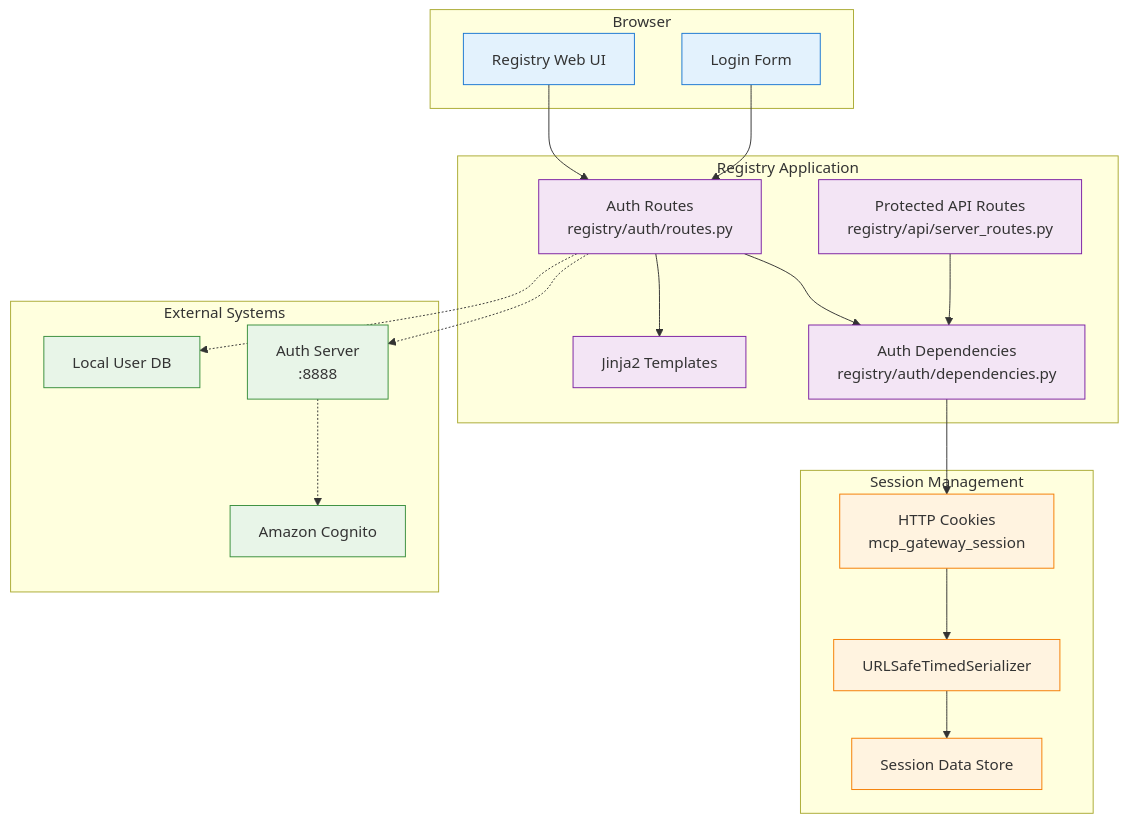
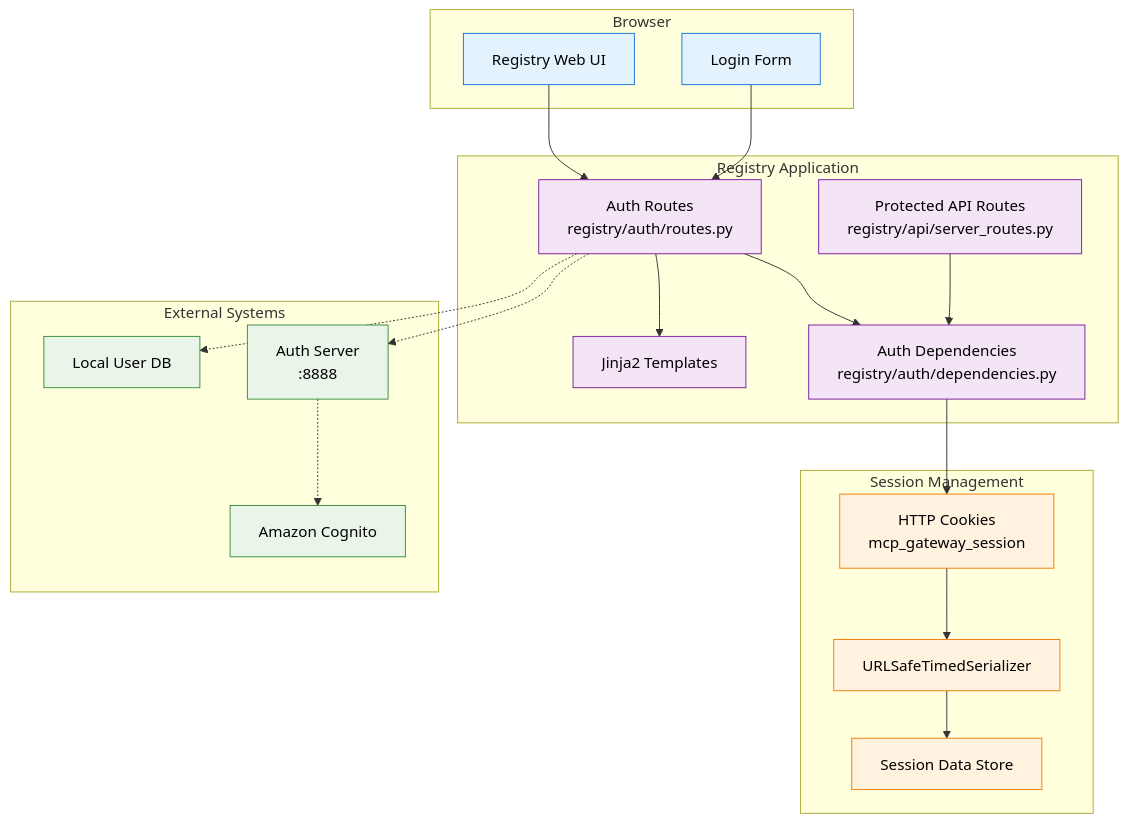
One commit to jrmatherly/mcp-registry-gateway changed the first of 7 diagrams in docs/registry-auth-architecture.md. Above: the diagram before and after it, drawn with Mermaid. The commit also changed other lines of this file and 3 other files, not shown here.

First line of the commit message:
``` docs: add explicit black text color to all Mermaid diagram styles for dark mode compatibility

````diff
--- a/docs/registry-auth-architecture.md
+++ b/docs/registry-auth-architecture.md
@@ -38,49 +38,49 @@
 ```mermaid
 graph TB
     subgraph "Browser"
         UI[Registry Web UI]
         LoginForm[Login Form]
     end
 
     subgraph "Registry Application"
         AuthRoutes[Auth Routes<br/>registry/auth/routes.py]
         AuthDeps[Auth Dependencies<br/>registry/auth/dependencies.py]
         ServerRoutes[Protected API Routes<br/>registry/api/server_routes.py]
         Templates[Jinja2 Templates]
     end
 
     subgraph "Session Management"
         Cookies[HTTP Cookies<br/>mcp_gateway_session]
         SessionSigner[URLSafeTimedSerializer]
         Sessions[Session Data Store]
     end
 
     subgraph "External Systems"
         AuthServer[Auth Server<br/>:8888]
         Cognito[Amazon Cognito]
         LocalAuth[Local User DB]
     end
 
     UI --> AuthRoutes
     LoginForm --> AuthRoutes
     AuthRoutes --> AuthDeps
     AuthRoutes --> Templates
     ServerRoutes --> AuthDeps
     AuthDeps --> Cookies
     Cookies --> SessionSigner
     SessionSigner --> Sessions
 
     AuthRoutes -.-> AuthServer
     AuthServer -.-> Cognito
     AuthRoutes -.-> LocalAuth
 
-    classDef browser fill:#e3f2fd,stroke:#1976d2
-    classDef registry fill:#f3e5f5,stroke:#7b1fa2
-    classDef session fill:#fff3e0,stroke:#f57c00
-    classDef external fill:#e8f5e8,stroke:#388e3c
+    classDef browser fill:#e3f2fd,stroke:#1976d2,color:#000
+    classDef registry fill:#f3e5f5,stroke:#7b1fa2,color:#000
+    classDef session fill:#fff3e0,stroke:#f57c00,color:#000
+    classDef external fill:#e8f5e8,stroke:#388e3c,color:#000
 
     class UI,LoginForm browser
     class AuthRoutes,AuthDeps,ServerRoutes,Templates registry
     class Cookies,SessionSigner,Sessions session
     class AuthServer,Cognito,LocalAuth external
 ```
````
